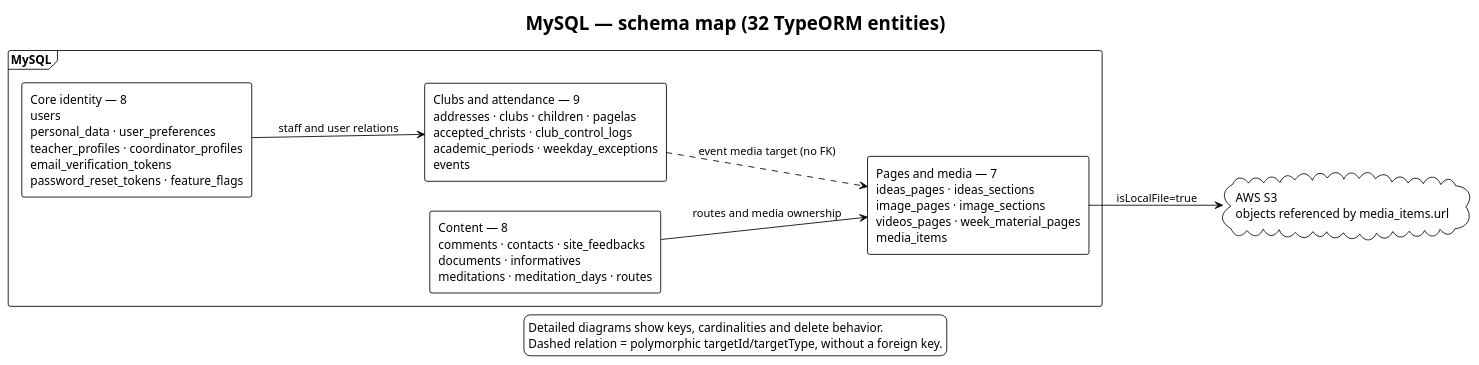
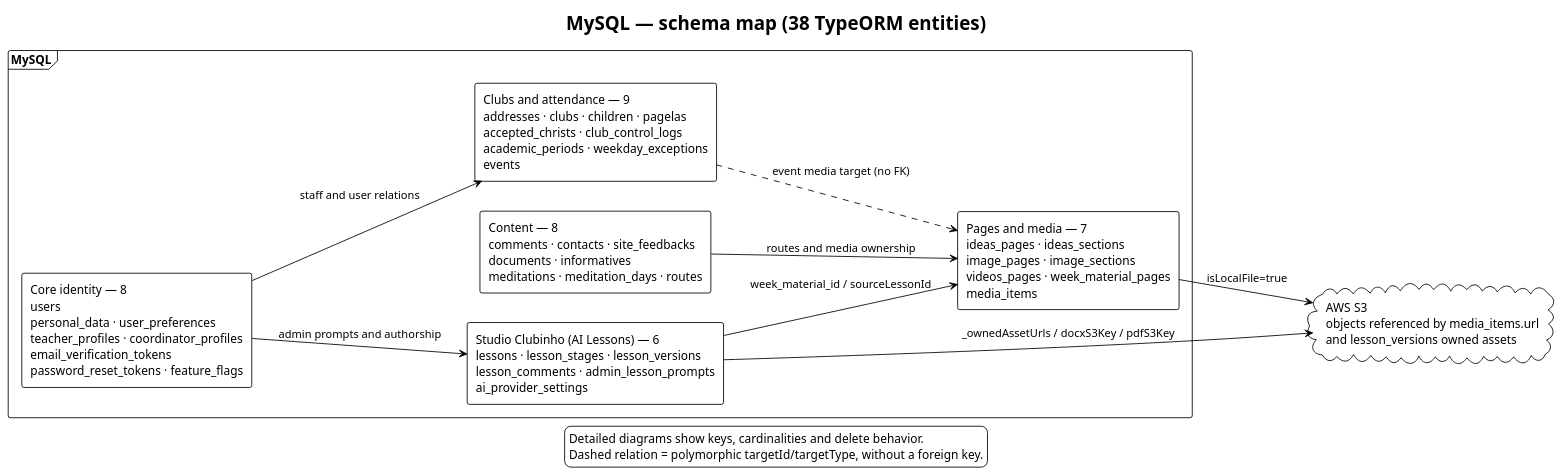
One commit to ministerioclubinhos/clubinhonib-api changed the diagram in docs/diagrams/database/database-schema.puml. Above: the diagram before and after it, drawn with PlantUML. The commit also changed 156 other files, not shown here.

```diff
--- a/docs/diagrams/database/database-schema.puml
+++ b/docs/diagrams/database/database-schema.puml
@@ -1,30 +1,35 @@
 @startuml Database Schema Map - Clubinho NIB API
 !theme plain
 left to right direction
 skinparam componentStyle rectangle
 
-title MySQL — schema map (32 TypeORM entities)
+title MySQL — schema map (38 TypeORM entities)
 
 frame "MySQL" {
   rectangle "Core identity — 8\nusers\npersonal_data · user_preferences\nteacher_profiles · coordinator_profiles\nemail_verification_tokens\npassword_reset_tokens · feature_flags" as Core
 
   rectangle "Clubs and attendance — 9\naddresses · clubs · children · pagelas\naccepted_christs · club_control_logs\nacademic_periods · weekday_exceptions\nevents" as Clubs
 
   rectangle "Content — 8\ncomments · contacts · site_feedbacks\ndocuments · informatives\nmeditations · meditation_days · routes" as Content
 
   rectangle "Pages and media — 7\nideas_pages · ideas_sections\nimage_pages · image_sections\nvideos_pages · week_material_pages\nmedia_items" as Pages
+
+  rectangle "Studio Clubinho (AI Lessons) — 6\nlessons · lesson_stages · lesson_versions\nlesson_comments · admin_lesson_prompts\nai_provider_settings" as Studio
 }
 
-cloud "AWS S3\nobjects referenced by media_items.url" as S3
+cloud "AWS S3\nobjects referenced by media_items.url\nand lesson_versions owned assets" as S3
 
 Core --> Clubs : staff and user relations
+Core --> Studio : admin prompts and authorship
 Content --> Pages : routes and media ownership
 Clubs ..> Pages : event media target (no FK)
+Studio --> Pages : week_material_id / sourceLessonId
 Pages --> S3 : isLocalFile=true
+Studio --> S3 : _ownedAssetUrls / docxS3Key / pdfS3Key
 
 legend bottom
   Detailed diagrams show keys, cardinalities and delete behavior.
   Dashed relation = polymorphic targetId/targetType, without a foreign key.
 endlegend
 
 @enduml
```
